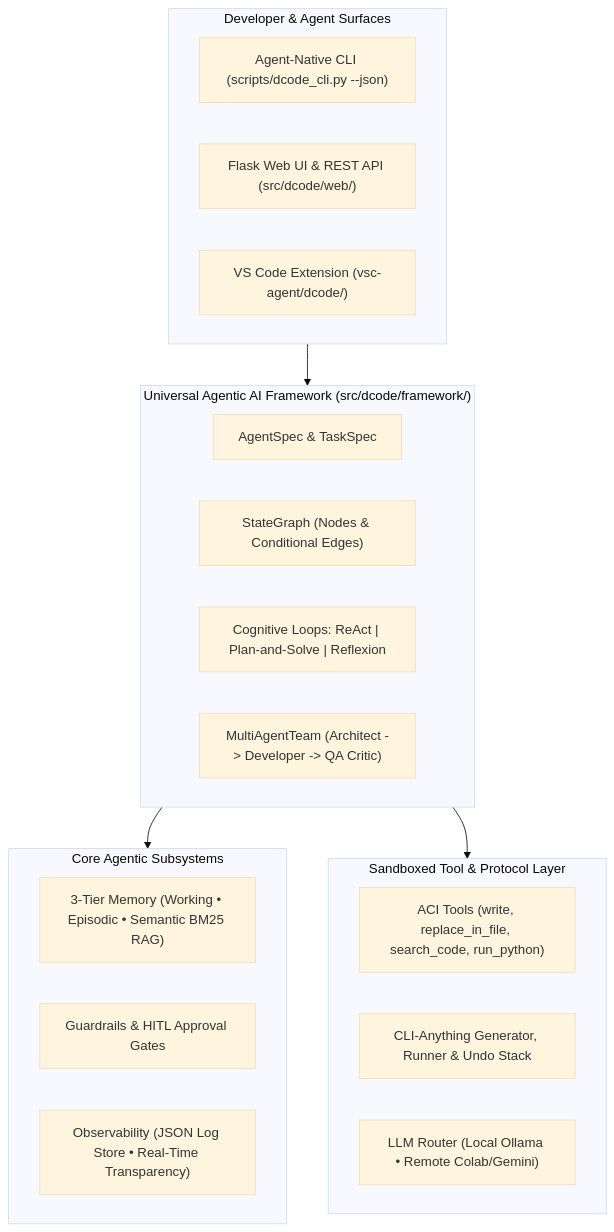
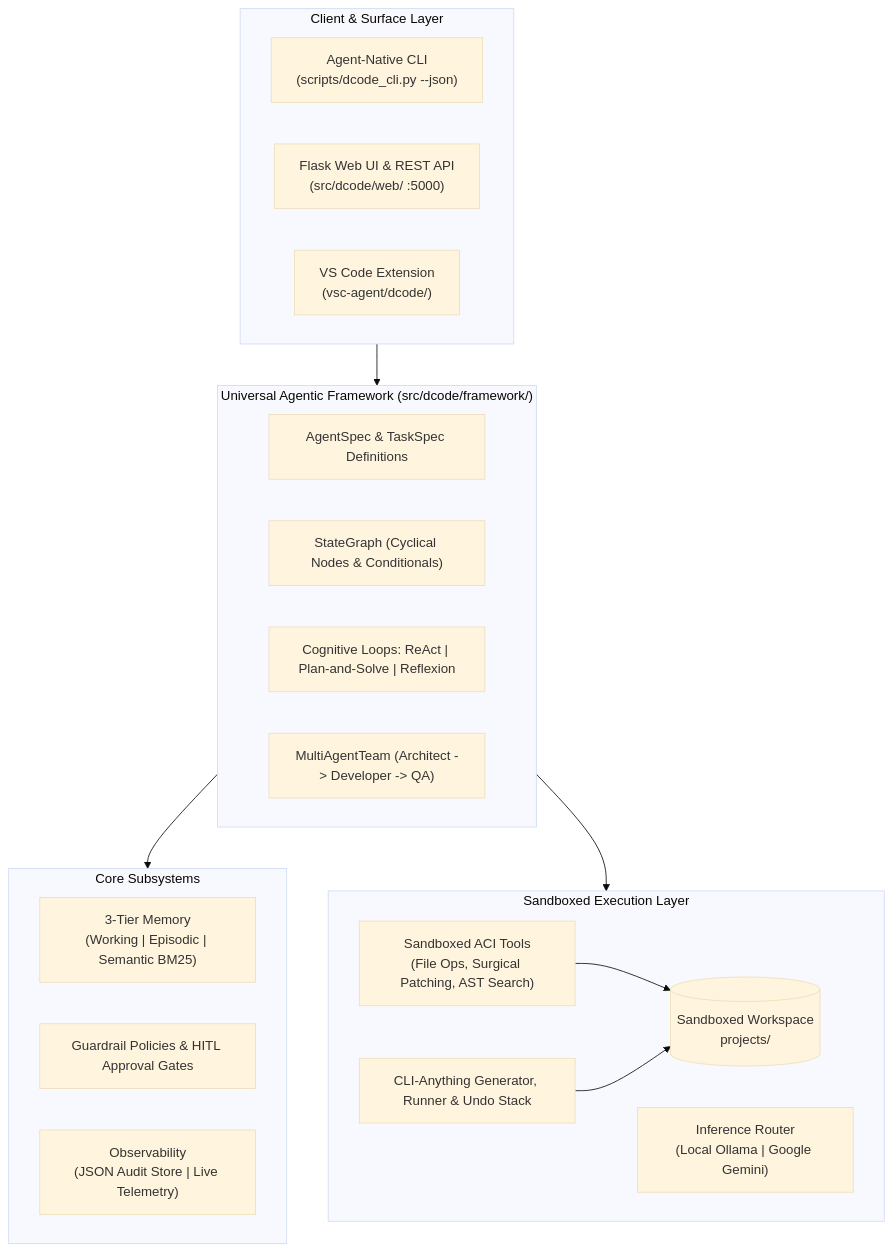
Before and after one commit to dr-week/Agent-DCODE: the first of 2 diagrams in README.md, drawn with Mermaid (base theme). The commit also changed other lines of this file, not shown here.

Commit message:
docs: elevate README with professional styling, logo badges, diagrams and zero emojis

````diff
--- a/README.md
+++ b/README.md
@@ -56,31 +71,34 @@
 ```mermaid
 flowchart TB
-    subgraph Surfaces ["Developer & Agent Surfaces"]
-        CLI["Agent-Native CLI (scripts/dcode_cli.py --json)"]
-        Web["Flask Web UI & REST API (src/dcode/web/)"]
-        VSC["VS Code Extension (vsc-agent/dcode/)"]
+    subgraph Surfaces ["Client & Surface Layer"]
+        CLI["Agent-Native CLI\n(scripts/dcode_cli.py --json)"]
+        Web["Flask Web UI & REST API\n(src/dcode/web/ :5000)"]
+        VSC["VS Code Extension\n(vsc-agent/dcode/)"]
     end
 
-    subgraph Framework ["Universal Agentic AI Framework (src/dcode/framework/)"]
-        Spec["AgentSpec & TaskSpec"]
-        Graph["StateGraph (Nodes & Conditional Edges)"]
+    subgraph Framework ["Universal Agentic Framework (src/dcode/framework/)"]
+        Spec["AgentSpec & TaskSpec Definitions"]
+        Graph["StateGraph (Cyclical Nodes & Conditionals)"]
         Loops["Cognitive Loops: ReAct | Plan-and-Solve | Reflexion"]
-        Swarm["MultiAgentTeam (Architect -> Developer -> QA Critic)"]
+        Swarm["MultiAgentTeam (Architect -> Developer -> QA)"]
     end
 
-    subgraph Subsystems ["Core Agentic Subsystems"]
-        Mem["3-Tier Memory (Working • Episodic • Semantic BM25 RAG)"]
-        Guard["Guardrails & HITL Approval Gates"]
-        Obs["Observability (JSON Log Store • Real-Time Transparency)"]
+    subgraph Subsystems ["Core Subsystems"]
+        Mem["3-Tier Memory\n(Working | Episodic | Semantic BM25)"]
+        Guard["Guardrail Policies & HITL Approval Gates"]
+        Obs["Observability\n(JSON Audit Store | Live Telemetry)"]
     end
 
-    subgraph Execution ["Sandboxed Tool & Protocol Layer"]
-        Tools["ACI Tools (write, replace_in_file, search_code, run_python)"]
+    subgraph Execution ["Sandboxed Execution Layer"]
+        Tools["Sandboxed ACI Tools\n(File Ops, Surgical Patching, AST Search)"]
         CLIAny["CLI-Anything Generator, Runner & Undo Stack"]
-        LLM["LLM Router (Local Ollama • Remote Colab/Gemini)"]
+        LLM["Inference Router\n(Local Ollama | Google Gemini)"]
+        Sandbox[("Sandboxed Workspace\nprojects/")]
     end
 
     Surfaces --> Framework
     Framework --> Subsystems
     Framework --> Execution
+    Tools --> Sandbox
+    CLIAny --> Sandbox
 ```
````
